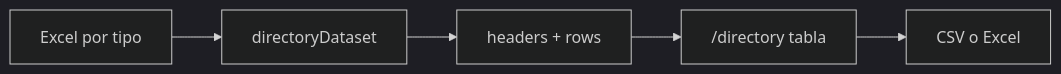
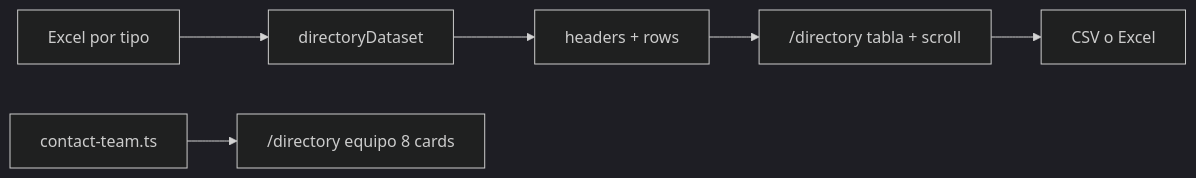
Before and after one commit to StevenCardona/asdeoccidente: the diagram in docs/specs/phase-1/directory.md, drawn with Mermaid (dark theme). The commit also changed other lines of this file and 9 other files, not shown here.

First line of the commit message:
Add directory table scroll and fixed contact team cards.

````diff
--- a/docs/specs/phase-1/directory.md
+++ b/docs/specs/phase-1/directory.md
@@ -46,7 +51,8 @@
 ```mermaid
 flowchart LR
   Excel[Excel por tipo] --> Studio[directoryDataset]
   Studio --> Headers[headers + rows]
-  Headers --> Table["/directory tabla"]
+  Headers --> Table["/directory tabla + scroll"]
   Table --> DL[CSV o Excel]
+  CodeTs[contact-team.ts] --> Cards["/directory equipo 8 cards"]
 ```
````
